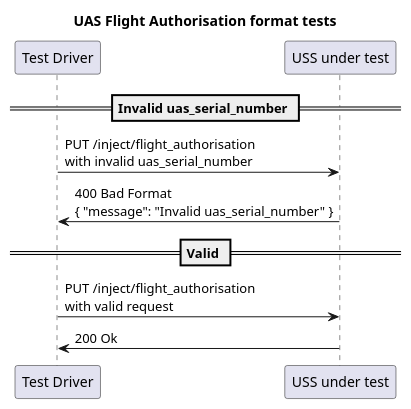
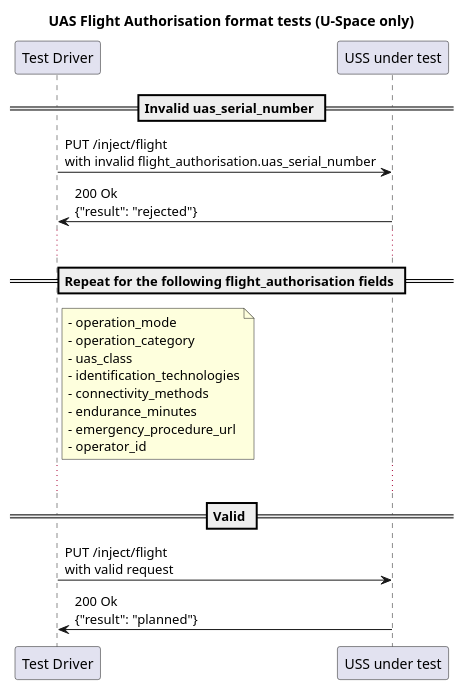
The diagram in interfaces/automated-testing/scd/design/format/uas_flight_authorization.plantuml (interuss/dss), drawn with PlantUML before and after one commit. The commit also changed 3 other files, not shown here.

First line of the commit message:
[automated-testing/scd] Change endpoints to /flight to represent operator intention (#638)

```diff
--- a/interfaces/automated-testing/scd/design/format/uas_flight_authorization.plantuml
+++ b/interfaces/automated-testing/scd/design/format/uas_flight_authorization.plantuml
@@ -1,14 +1,30 @@
 @startuml
-title UAS Flight Authorisation format tests
+title UAS Flight Authorisation format tests (U-Space only)
 
 participant "Test Driver" as TD
 participant "USS under test" as USS
 
 == Invalid uas_serial_number ==
-TD -> USS: PUT /inject/flight_authorisation\nwith invalid uas_serial_number
-TD <- USS: 400 Bad Format\n{ "message": "Invalid uas_serial_number" }
+TD -> USS: PUT /inject/flight\nwith invalid flight_authorisation.uas_serial_number
+TD <- USS: 200 Ok\n{"result": "rejected"}
+
+...
+
+== Repeat for the following flight_authorisation fields ==
+note right of TD
+- operation_mode
+- operation_category
+- uas_class
+- identification_technologies
+- connectivity_methods
+- endurance_minutes
+- emergency_procedure_url
+- operator_id
+end note
+
+...
 
 == Valid ==
-TD -> USS: PUT /inject/flight_authorisation\nwith valid request
-TD <- USS: 200 Ok
+TD -> USS: PUT /inject/flight\nwith valid request
+TD <- USS: 200 Ok\n{"result": "planned"}
 @enduml
```
